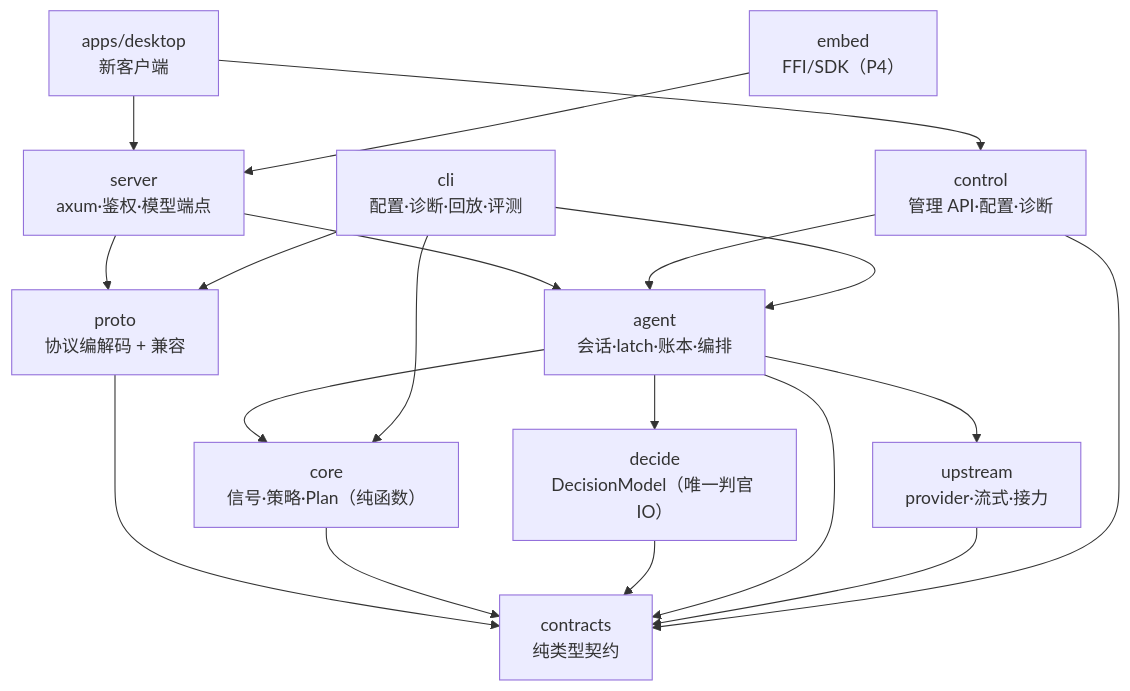
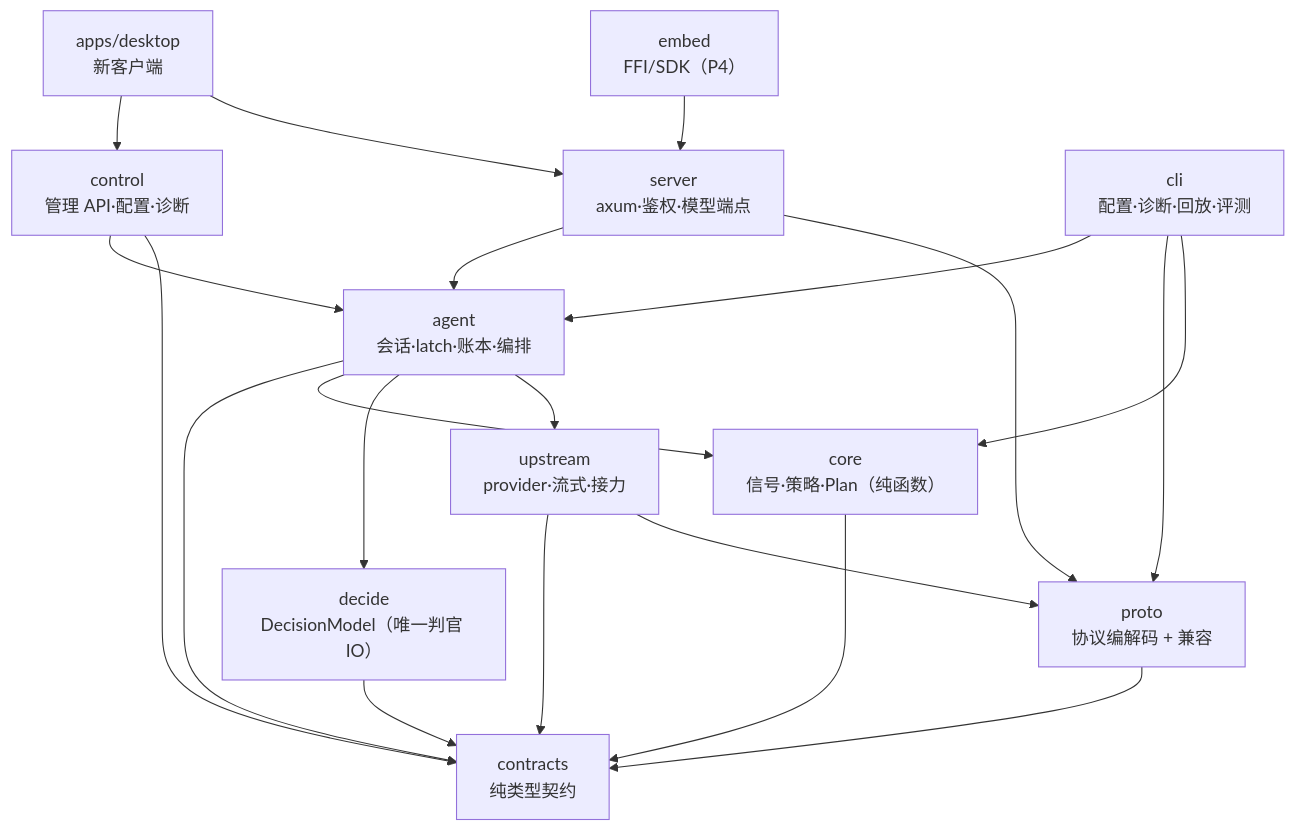
One commit to szStarWave/token-router changed the first of 6 diagrams in docs/rewrite-v2-design.zh.md. Above: the diagram before and after it, drawn with Mermaid. The commit also changed other lines of this file and 45 other files, not shown here.

````diff
--- a/docs/rewrite-v2-design.zh.md
+++ b/docs/rewrite-v2-design.zh.md
@@ -198,22 +198,23 @@
 ```mermaid
 graph TD
     contracts["contracts<br/>纯类型契约"]
     proto["proto<br/>协议编解码 + 兼容"] --> contracts
     core["core<br/>信号·策略·Plan（纯函数）"] --> contracts
     decide["decide<br/>DecisionModel（唯一判官 IO）"] --> contracts
     agent["agent<br/>会话·latch·账本·编排"] --> contracts
     agent --> core
     agent --> decide
     agent --> upstream["upstream<br/>provider·流式·接力"]
     upstream --> contracts
+    upstream --> proto
     server["server<br/>axum·鉴权·模型端点"] --> agent
     server --> proto
     control["control<br/>管理 API·配置·诊断"] --> agent
     control --> contracts
     client["apps/desktop<br/>新客户端"] --> control
     client --> server
     embed["embed<br/>FFI/SDK（P4）"] --> server
     cli["cli<br/>配置·诊断·回放·评测"] --> agent
     cli --> proto
     cli --> core
 ```
````
